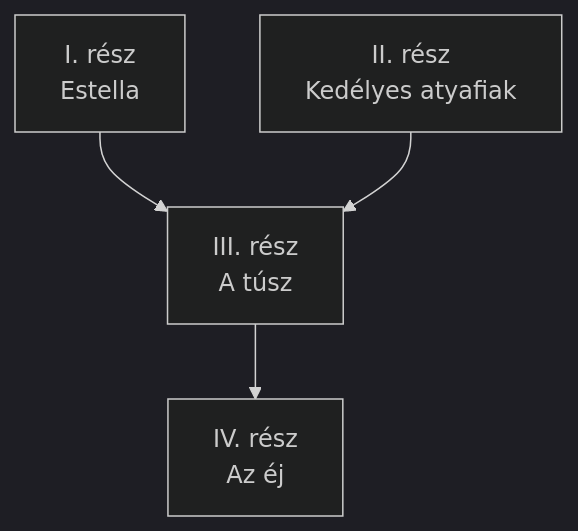
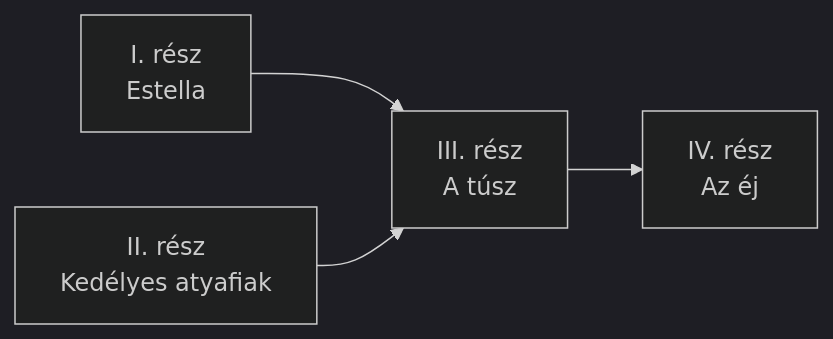
One commit to D4rkTech/notes changed the diagram in Irodalom/Romantika.md. Above: the diagram before and after it, drawn with Mermaid (dark theme). The commit also changed other lines of this file and 1 other file, not shown here.

````diff
--- a/Irodalom/Romantika.md
+++ b/Irodalom/Romantika.md
@@ -1442,6 +1442,6 @@
 ```mermaid
-  flowchart TD;
+  flowchart LR;
 	  A["I. rész\nEstella"] --> C["III. rész\nA túsz"];
 	  B["II. rész\nKedélyes atyafiak"]-->C;
 	  C-->D["IV. rész\nAz éj"]
 ```
````
